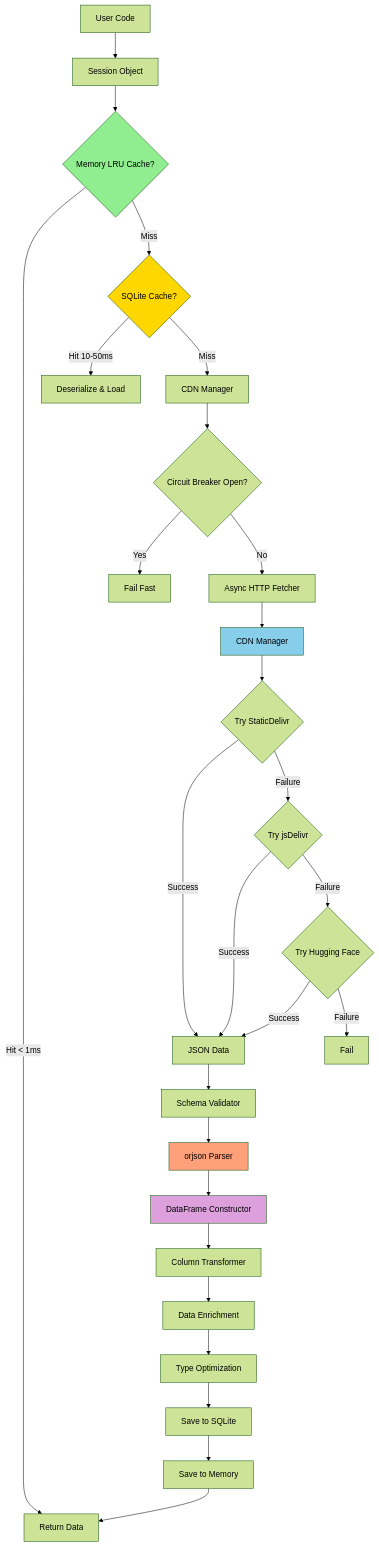
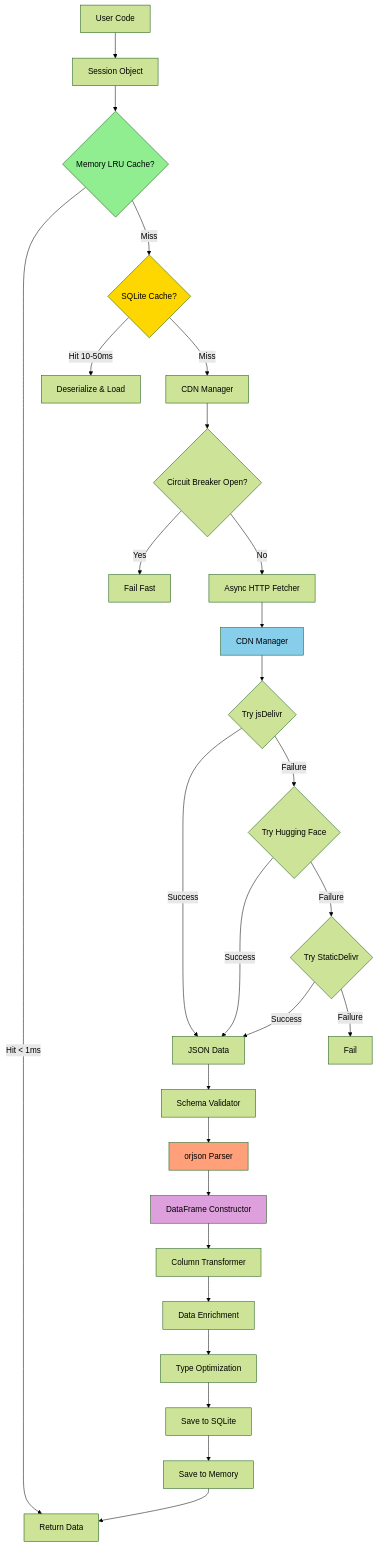
Before and after one commit to TracingInsights/tif1: the diagram in docs/concepts/data-flow.mdx, drawn with Mermaid (forest theme). The commit also changed other lines of this file and 25 other files, not shown here.

````diff
--- a/docs/concepts/data-flow.mdx
+++ b/docs/concepts/data-flow.mdx
@@ -30,35 +30,35 @@
 ```mermaid
 graph TD
     A[User Code] --> B[Session Object]
     B --> C{Memory LRU Cache?}
     C -->|Hit < 1ms| D[Return Data]
     C -->|Miss| E{SQLite Cache?}
     E -->|Hit 10-50ms| F[Deserialize & Load]
     E -->|Miss| G[CDN Manager]
     G --> H{Circuit Breaker Open?}
     H -->|Yes| I[Fail Fast]
     H -->|No| J[Async HTTP Fetcher]
     J --> K[CDN Manager]
-    K --> L{Try StaticDelivr}
+    K --> L{Try jsDelivr}
     L -->|Success| M[JSON Data]
-    L -->|Failure| N{Try jsDelivr}
+    L -->|Failure| N{Try Hugging Face}
     N -->|Success| M
-    N -->|Failure| V{Try Hugging Face}
+    N -->|Failure| V{Try StaticDelivr}
     V -->|Success| M
     V -->|Failure| W[Fail]
     M --> P[Schema Validator]
     P --> Q[orjson Parser]
     Q --> R[DataFrame Constructor]
     R --> S[Column Transformer]
     S --> T[Data Enrichment]
     T --> U[Type Optimization]
     U --> X[Save to SQLite]
     X --> Y[Save to Memory]
     Y --> D
 
     style C fill:#90EE90
     style E fill:#FFD700
     style K fill:#87CEEB
     style Q fill:#FFA07A
     style R fill:#DDA0DD
 ```
````
